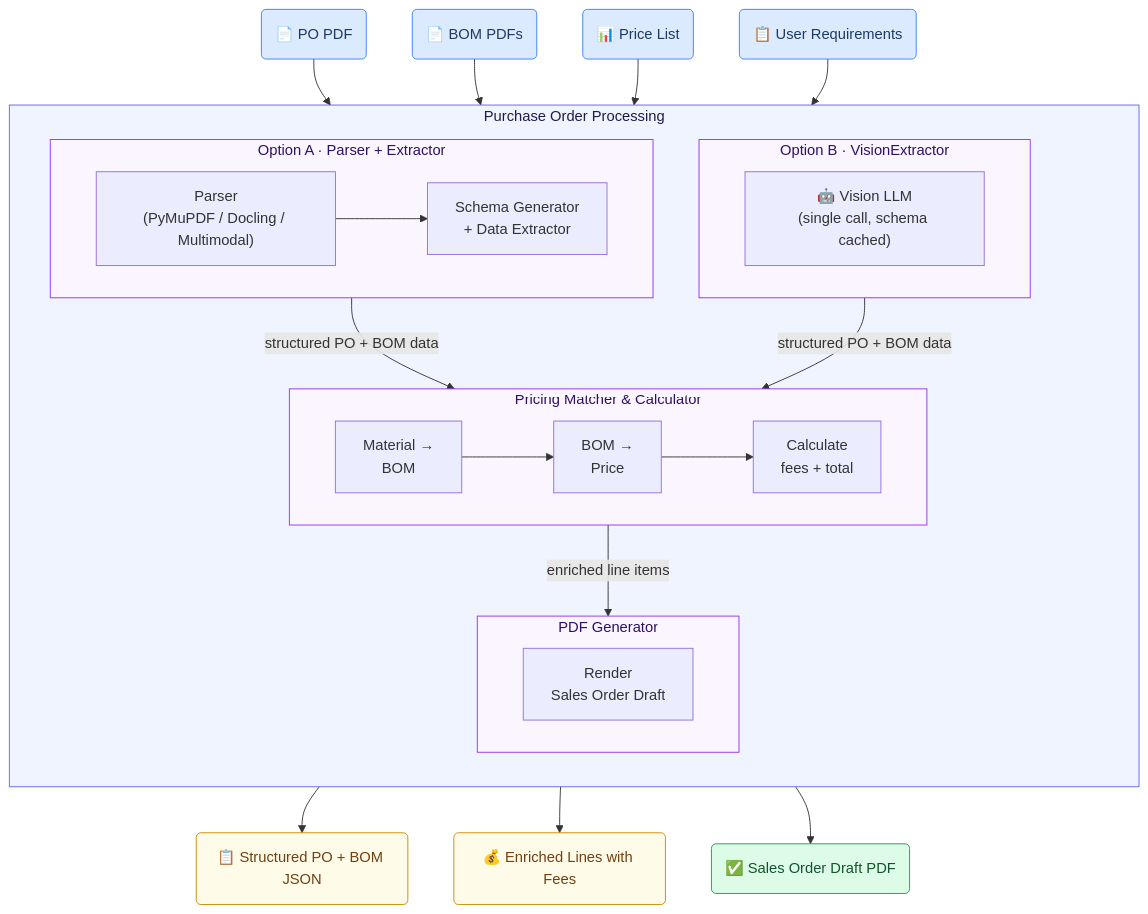
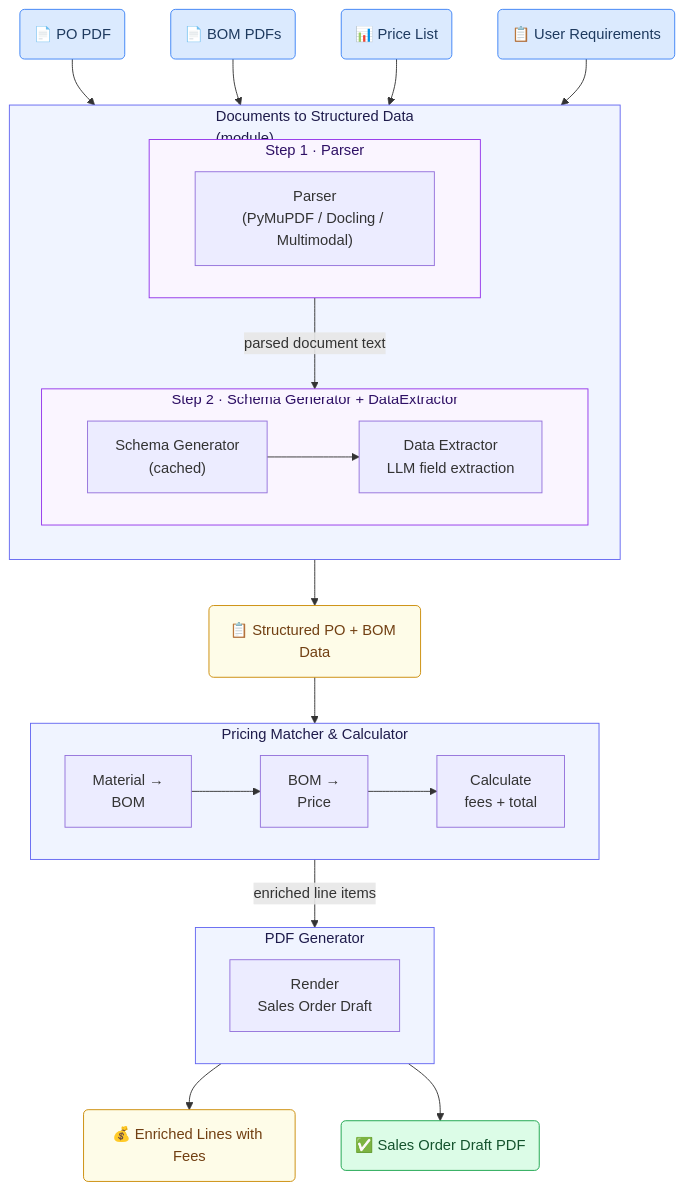
The sixth of 6 diagrams in guidance_layer/website/content/docs/use-cases/purchase-order-processing.mdx (GAIK-project/gaik-toolkit), drawn with Mermaid before and after one commit. The commit also changed other lines of this file and 12 other files, not shown here.

````diff
--- a/guidance_layer/website/content/docs/use-cases/purchase-order-processing.mdx
+++ b/guidance_layer/website/content/docs/use-cases/purchase-order-processing.mdx
@@ -345,52 +348,54 @@
 ```mermaid
 flowchart TD
     IN1("📄 PO PDF") --> MOD
     IN2("📄 BOM PDFs") --> MOD
     IN3("📊 Price List") --> MOD
     IN4("📋 User Requirements") --> MOD
 
-    subgraph MOD["Purchase Order Processing"]
+    subgraph MOD["Documents to Structured Data\n(module)"]
         direction TB
 
-        subgraph PA["Option A · Parser + Extractor"]
+        subgraph PA["Step 1 · Parser"]
             direction LR
-            PAR["Parser\n(PyMuPDF / Docling / Multimodal)"] --> EXTR["Schema Generator\n+ Data Extractor"]
+            PAR["Parser\n(PyMuPDF / Docling / Multimodal)"]
         end
 
-        subgraph PB["Option B · VisionExtractor"]
+        subgraph PB["Step 2 · Schema Generator + DataExtractor"]
             direction LR
-            VIS["🤖 Vision LLM\n(single call, schema cached)"]
+            SG["Schema Generator\n(cached)"] --> EXTR["Data Extractor\nLLM field extraction"]
         end
 
-        subgraph P["Pricing Matcher & Calculator"]
-            direction LR
-            MM["Material →\nBOM"] --> MP["BOM →\nPrice"] --> CC["Calculate\nfees + total"]
-        end
-
-        subgraph D["PDF Generator"]
-            direction LR
-            REND["Render\nSales Order Draft"]
-        end
-
-        PA -->|"structured PO + BOM data"| P
-        PB -->|"structured PO + BOM data"| P
-        P -->|"enriched line items"| D
+        PA -->|"parsed document text"| PB
     end
 
-    MOD --> O1("📋 Structured PO + BOM JSON")
-    MOD --> O2("💰 Enriched Lines with Fees")
-    MOD --> O3("✅ Sales Order Draft PDF")
+    MOD --> STRUC("📋 Structured PO + BOM Data")
+
+    subgraph CALC["Pricing Matcher & Calculator"]
+        direction LR
+        MM["Material →\nBOM"] --> MP["BOM →\nPrice"] --> CC["Calculate\nfees + total"]
+    end
+
+    subgraph GEN["PDF Generator"]
+        direction LR
+        REND["Render\nSales Order Draft"]
+    end
+
+    STRUC --> CALC
+    CALC -->|"enriched line items"| GEN
+
+    GEN --> O1("💰 Enriched Lines with Fees")
+    GEN --> O2("✅ Sales Order Draft PDF")
 
     style IN1 fill:#dbeafe,stroke:#3b82f6,color:#1e3a5f
     style IN2 fill:#dbeafe,stroke:#3b82f6,color:#1e3a5f
     style IN3 fill:#dbeafe,stroke:#3b82f6,color:#1e3a5f
     style IN4 fill:#dbeafe,stroke:#3b82f6,color:#1e3a5f
+    style STRUC fill:#fefce8,stroke:#ca8a04,color:#713f12
     style O1 fill:#fefce8,stroke:#ca8a04,color:#713f12
-    style O2 fill:#fefce8,stroke:#ca8a04,color:#713f12
-    style O3 fill:#dcfce7,stroke:#16a34a,color:#14532d
+    style O2 fill:#dcfce7,stroke:#16a34a,color:#14532d
     style MOD fill:#f0f4ff,stroke:#6366f1,color:#1e1b4b
     style PA fill:#faf5ff,stroke:#9333ea,color:#2e1065
     style PB fill:#faf5ff,stroke:#9333ea,color:#2e1065
-    style P fill:#faf5ff,stroke:#9333ea,color:#2e1065
-    style D fill:#faf5ff,stroke:#9333ea,color:#2e1065
+    style CALC fill:#f0f4ff,stroke:#6366f1,color:#1e1b4b
+    style GEN fill:#f0f4ff,stroke:#6366f1,color:#1e1b4b
 ```
````
